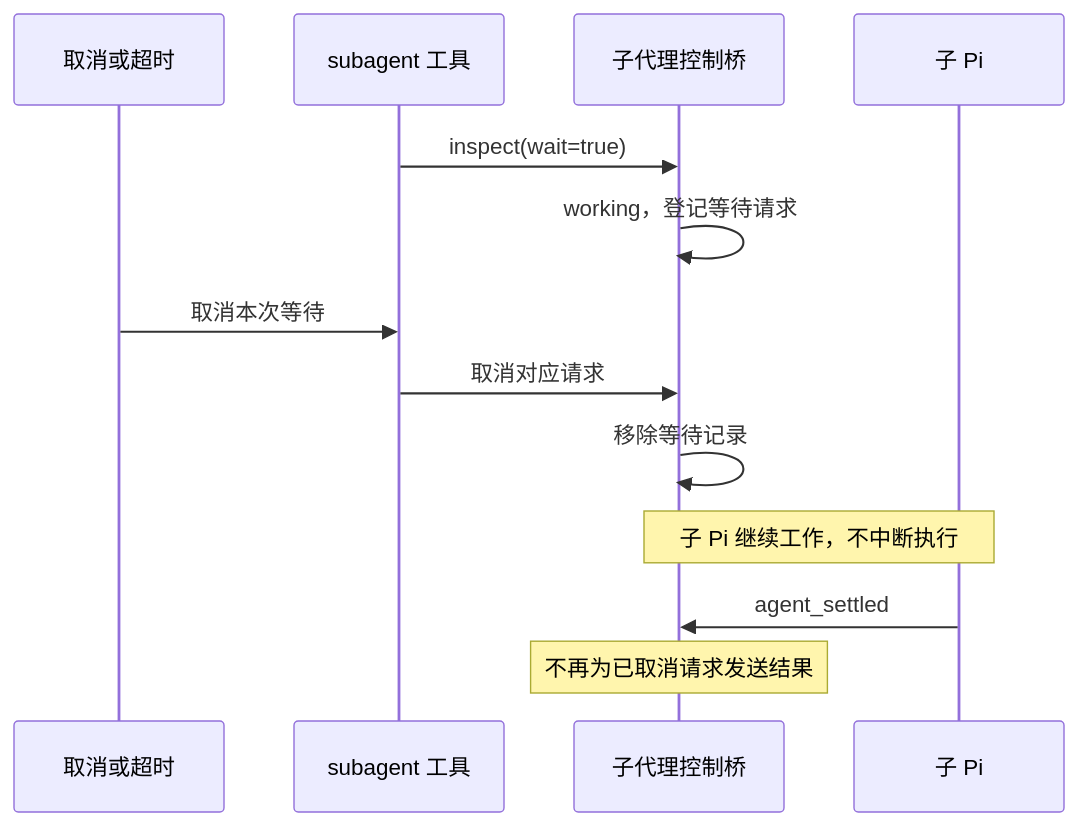
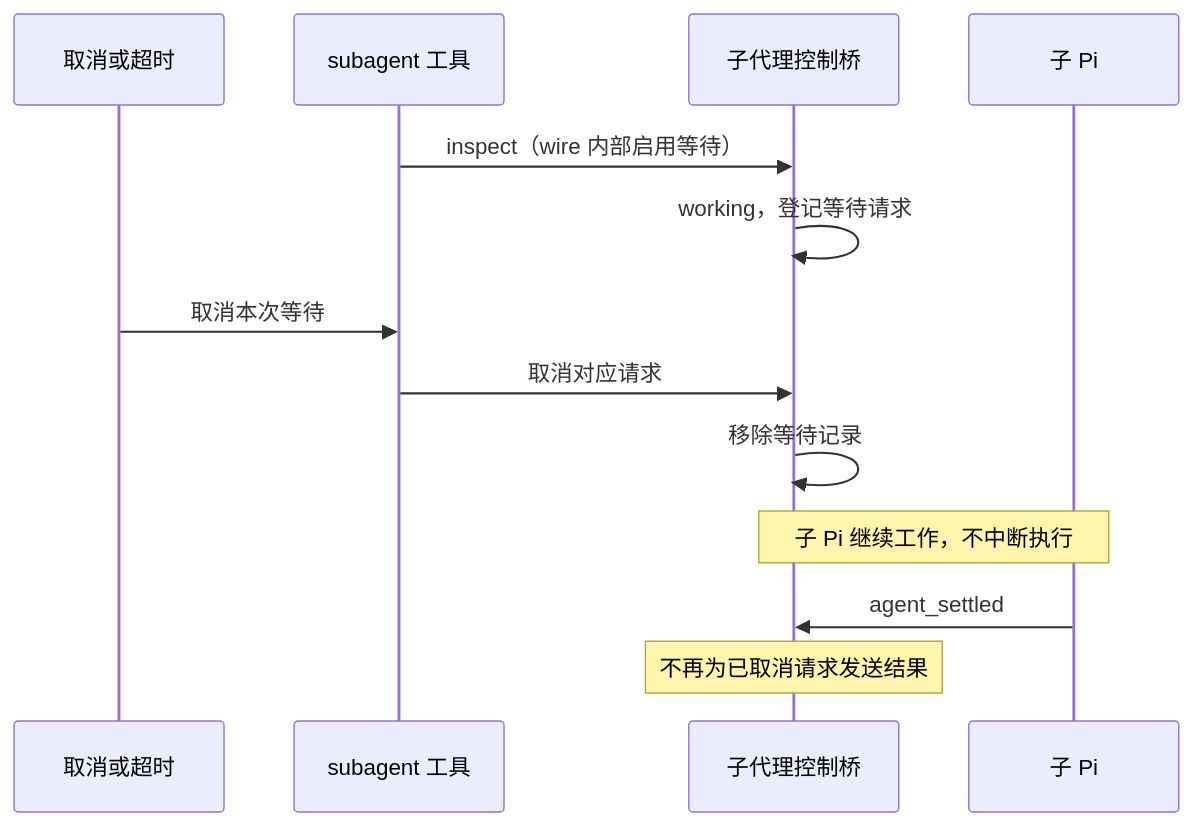
The fifth of 9 diagrams in docs/spec.md (huxeon/pi-subagent), drawn with Mermaid before and after one commit. The commit also changed other lines of this file and 15 other files, not shown here.

````diff
--- a/docs/spec.md
+++ b/docs/spec.md
@@ -162,16 +174,16 @@
 ```mermaid
 sequenceDiagram
     participant C as 取消或超时
     participant T as subagent 工具
     participant B as 子代理控制桥
     participant P as 子 Pi
 
-    T->>B: inspect(wait=true)
+    T->>B: inspect（wire 内部启用等待）
     B->>B: working，登记等待请求
     C->>T: 取消本次等待
     T->>B: 取消对应请求
     B->>B: 移除等待记录
     Note over B,P: 子 Pi 继续工作，不中断执行
     P->>B: agent_settled
     Note over B: 不再为已取消请求发送结果
 ```
````
